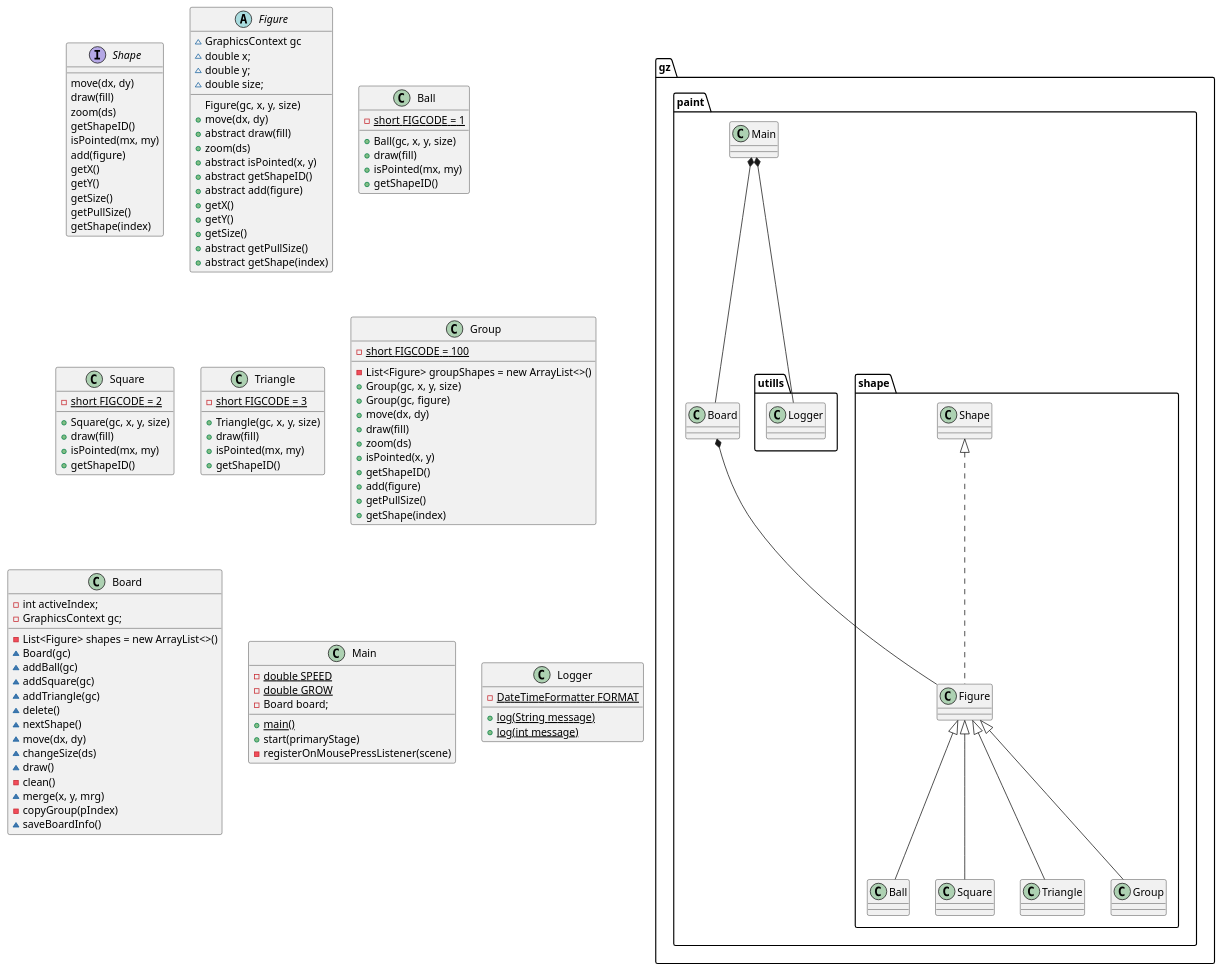
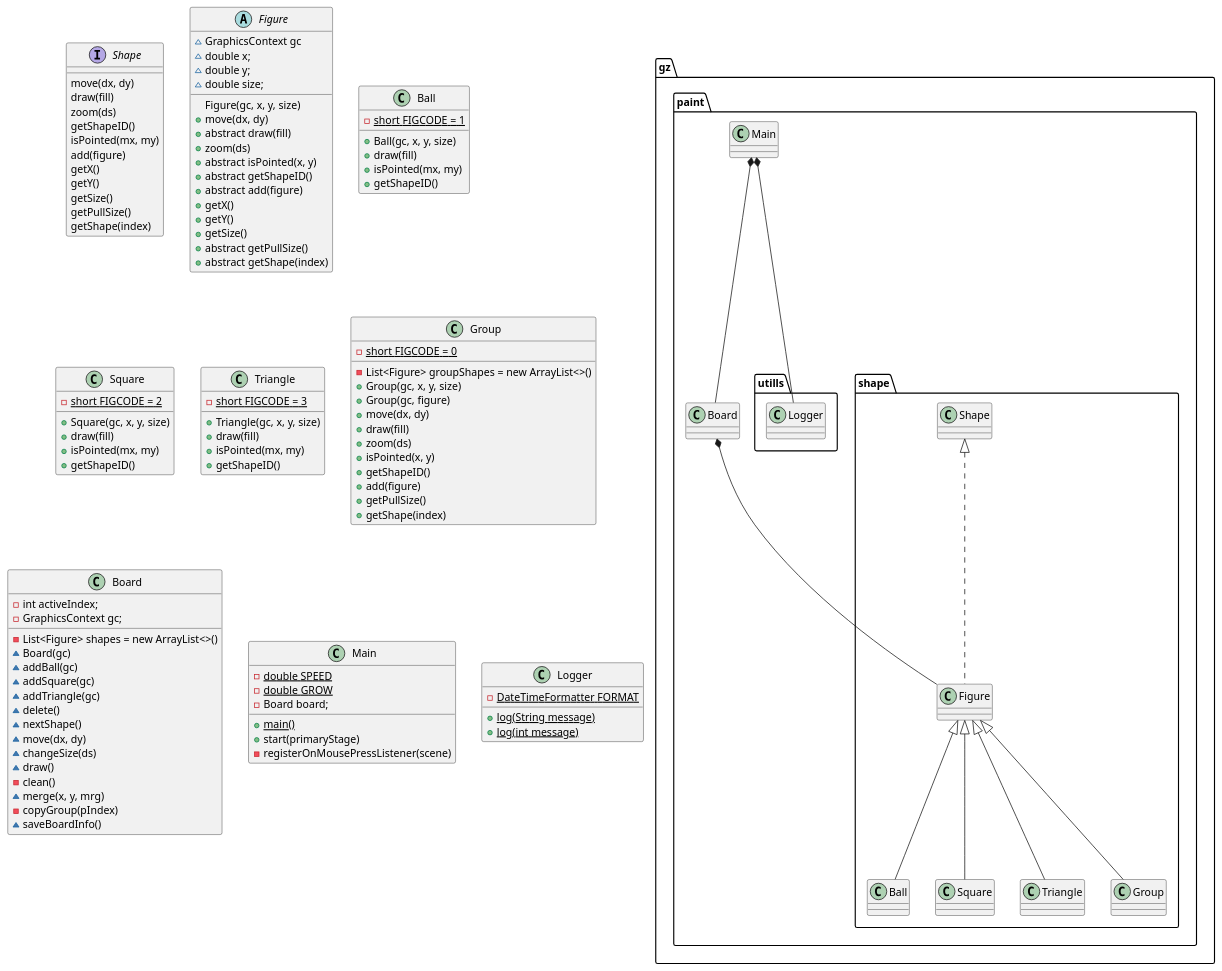
The diagram in src/gz/paint/PaintClasses.puml (glib-z/hw12_Paint), drawn with PlantUML before and after one commit. The commit also changed 7 other files, not shown here.

```diff
--- a/src/gz/paint/PaintClasses.puml
+++ b/src/gz/paint/PaintClasses.puml
@@ -1,126 +1,126 @@
 @startuml
 
 package "gz.paint" {
     Main *-- Board
     package "shape" {
         Board *-- Figure
         Shape <|.. Figure
         Figure <|-- Ball
         Figure <|-- Square
         Figure <|-- Triangle
         Figure <|-- Group
     }
     package "utills" {
         Main *-- Logger
     }
 }
 
 interface Shape {
     move(dx, dy)
     draw(fill)
     zoom(ds)
     getShapeID()
     isPointed(mx, my)
     add(figure)
     getX()
     getY()
     getSize()
     getPullSize()
     getShape(index)
 }
 
 abstract class Figure {
     ~ GraphicsContext gc
     ~ double x;
     ~ double y;
     ~ double size;
     Figure(gc, x, y, size)
     + move(dx, dy)
     + abstract draw(fill)
     + zoom(ds)
     + abstract isPointed(x, y)
     + abstract getShapeID()
     + abstract add(figure)
     + getX()
     + getY()
     + getSize()
     + abstract getPullSize()
     + abstract getShape(index)
 }
 
 class Ball {
     - {static} short FIGCODE = 1
     + Ball(gc, x, y, size)
     + draw(fill)
     + isPointed(mx, my)
     + getShapeID()
 }
 
 class Square {
     - {static} short FIGCODE = 2
     + Square(gc, x, y, size)
     + draw(fill)
     + isPointed(mx, my)
     + getShapeID()
 }
 
 class Triangle {
     - {static} short FIGCODE = 3
     + Triangle(gc, x, y, size)
     + draw(fill)
     + isPointed(mx, my)
     + getShapeID()
 }
 
 class Group {
-    - {static} short FIGCODE = 100
+    - {static} short FIGCODE = 0
     - List<Figure> groupShapes = new ArrayList<>()
     + Group(gc, x, y, size)
     + Group(gc, figure)
     + move(dx, dy)
     + draw(fill)
     + zoom(ds)
     + isPointed(x, y)
     + getShapeID()
     + add(figure)
     + getPullSize()
     + getShape(index)
 }
 
 class Board {
     - int activeIndex;
     - GraphicsContext gc;
     - List<Figure> shapes = new ArrayList<>()
     ~ Board(gc)
     ~ addBall(gc)
     ~ addSquare(gc)
     ~ addTriangle(gc)
     ~ delete()
     ~ nextShape()
     ~ move(dx, dy)
     ~ changeSize(ds)
     ~ draw()
     - clean()
     ~ merge(x, y, mrg)
     - copyGroup(pIndex)
     ~ saveBoardInfo()
 
 }
 
 class Main {
     - {static} double SPEED
     - {static} double GROW
     - Board board;
     + {static} main()
     + start(primaryStage)
     - registerOnMousePressListener(scene)
 }
 
 class Logger {
     - {static} DateTimeFormatter FORMAT
     + {static} log(String message)
     + {static} log(int message)
 
 }
 
 @enduml
```
